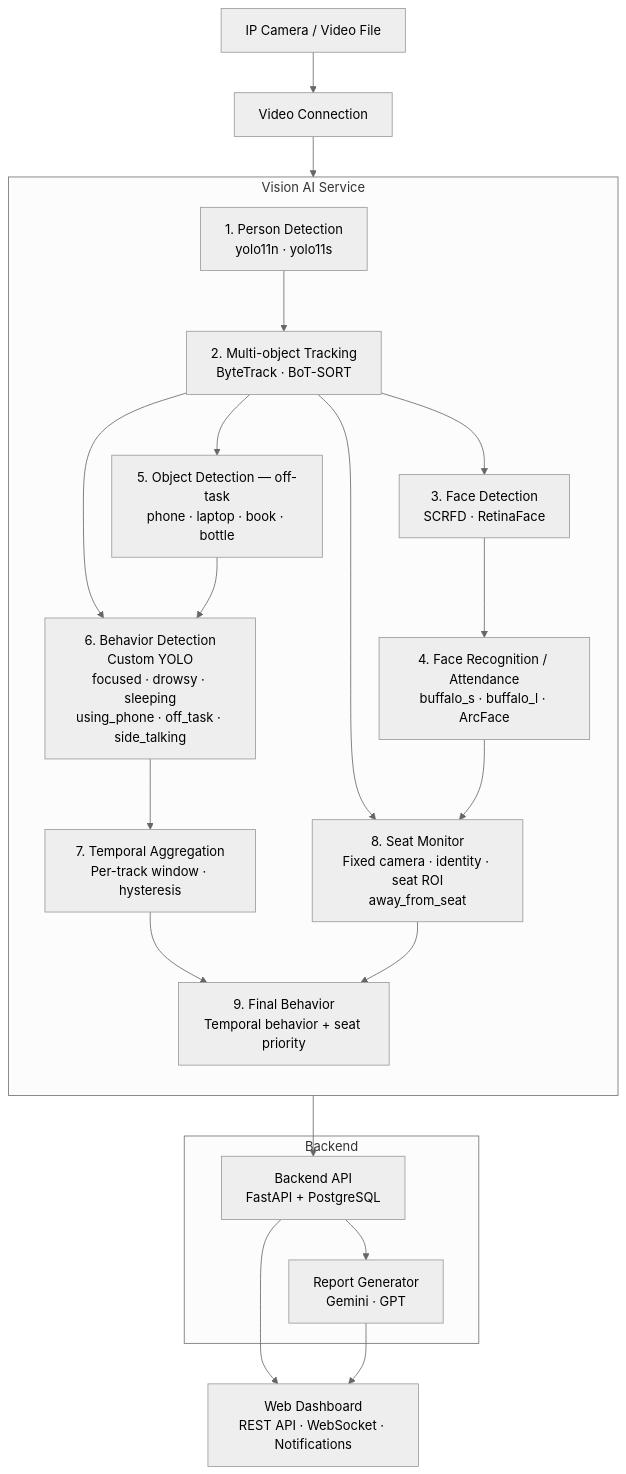
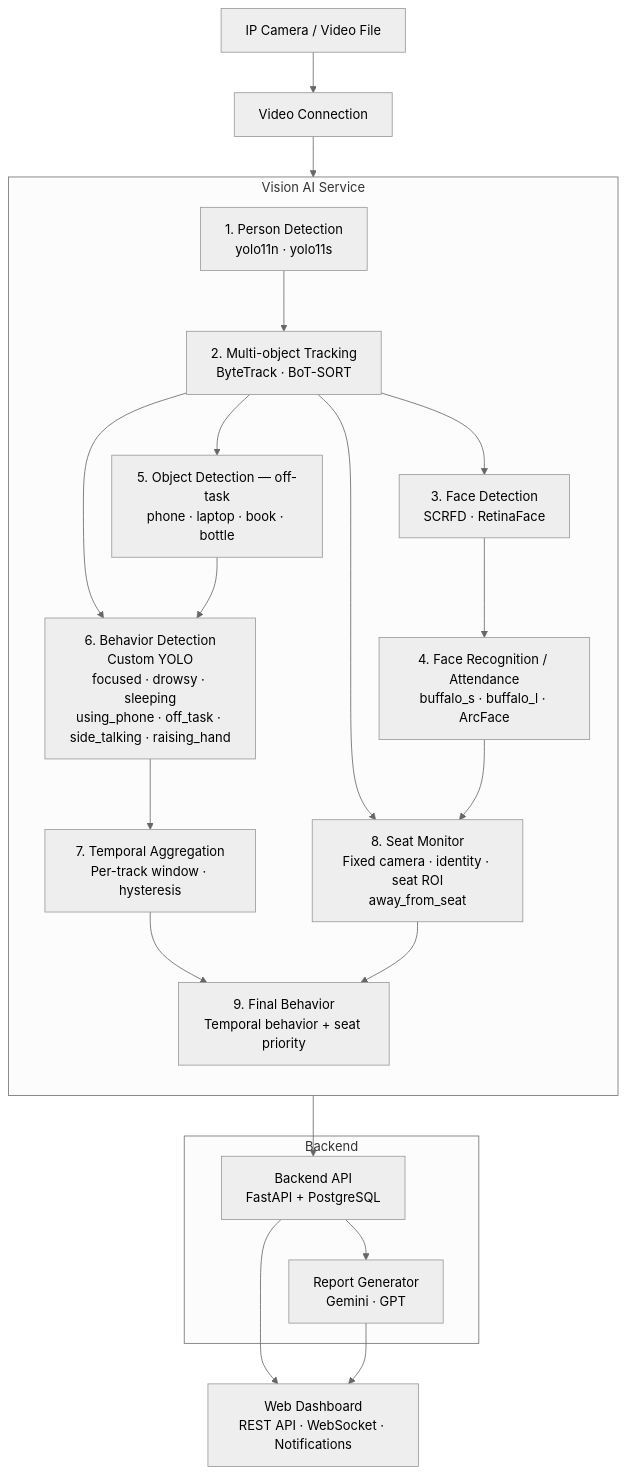
The diagram in README.md (TuanLe303/EduVision), drawn with Mermaid (neutral theme) before and after one commit. The commit also changed other lines of this file and 22 other files, not shown here.

````diff
--- a/README.md
+++ b/README.md
@@ -35,44 +35,44 @@
 ```mermaid
 flowchart TD
     CAM["IP Camera / Video File"]
     VC["Video Connection"]
     CAM --> VC
 
     subgraph VA["Vision AI Service"]
         direction TB
         PD["1. Person Detection\nyolo11n · yolo11s"]
         MOT["2. Multi-object Tracking\nByteTrack · BoT-SORT"]
         FD["3. Face Detection\nSCRFD · RetinaFace"]
         FR["4. Face Recognition / Attendance\nbuffalo_s · buffalo_l · ArcFace"]
         OD["5. Object Detection — off-task\nphone · laptop · book · bottle"]
-        BD["6. Behavior Detection\nCustom YOLO\nfocused · drowsy · sleeping\nusing_phone · off_task · side_talking"]
+        BD["6. Behavior Detection\nCustom YOLO\nfocused · drowsy · sleeping\nusing_phone · off_task · side_talking · raising_hand"]
         TA["7. Temporal Aggregation\nPer-track window · hysteresis"]
         SM["8. Seat Monitor\nFixed camera · identity · seat ROI\naway_from_seat"]
         BA["9. Final Behavior\nTemporal behavior + seat priority"]
 
         PD --> MOT
         MOT --> FD
         FD --> FR
         MOT --> OD
         MOT --> BD
         MOT --> SM
         FR --> SM
         OD --> BD
         BD --> TA
         TA --> BA
         SM --> BA
     end
 
     VC --> VA
 
     BA --> API
 
     subgraph BACK["Backend"]
         API["Backend API\nFastAPI + PostgreSQL"]
         RG["Report Generator\nGemini · GPT"]
         API --> RG
     end
 
     API --> FE["Web Dashboard\nREST API · WebSocket · Notifications"]
     RG  --> FE
 ```
````
